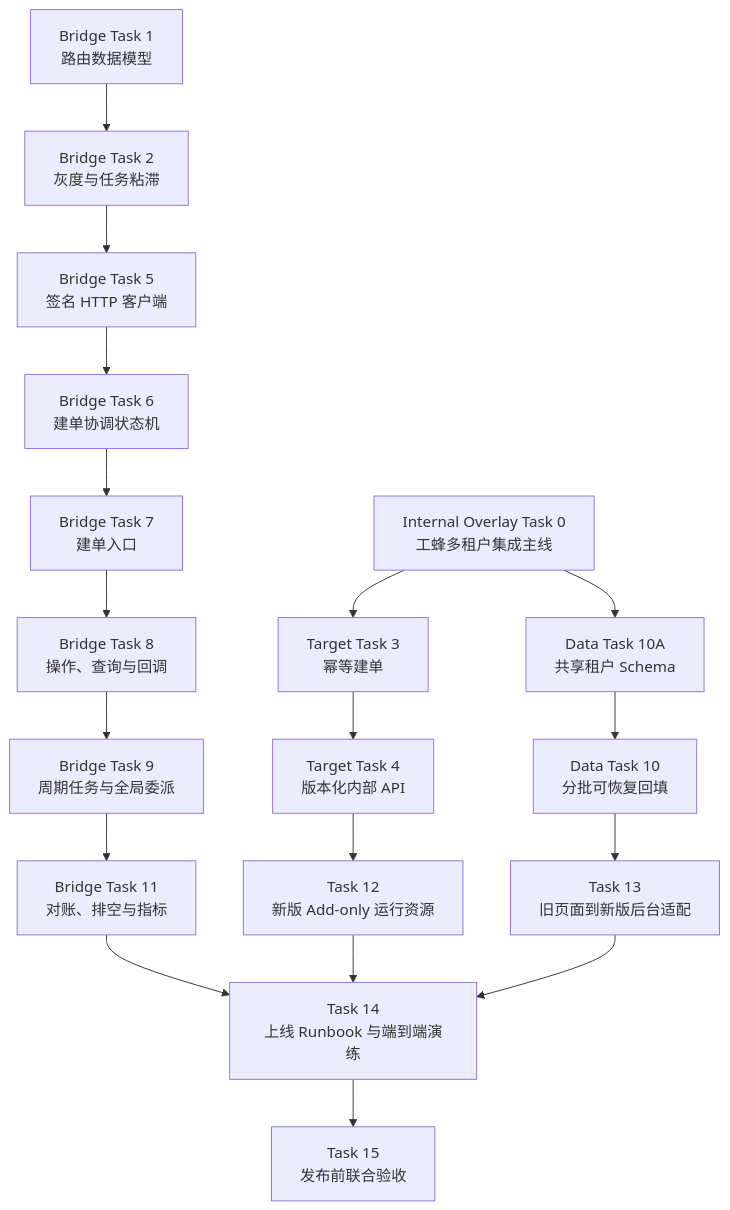
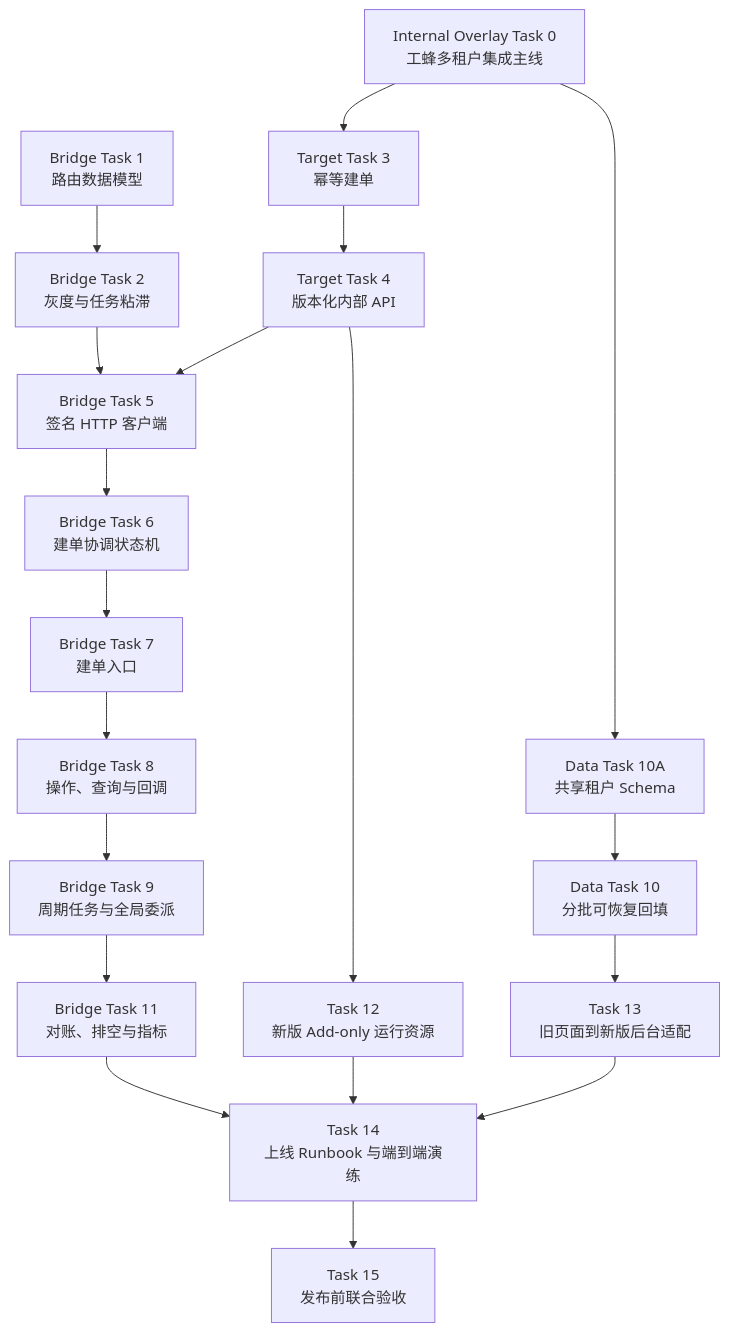
Before and after one commit to TencentBlueKing/bk-sops: the diagram in docs/plans/2026-09-04-multi-tenant-gray-migration.md, drawn with Mermaid.

Commit message:
docs: 补充新旧链路跨版本依赖 --story=137932246

````diff
--- a/docs/plans/2026-09-04-multi-tenant-gray-migration.md
+++ b/docs/plans/2026-09-04-multi-tenant-gray-migration.md
@@ -1235,31 +1235,32 @@
 ```mermaid
 flowchart TD
     T0["Internal Overlay Task 0<br/>工蜂多租户集成主线"]
     T3["Target Task 3<br/>幂等建单"]
     T4["Target Task 4<br/>版本化内部 API"]
     T12["Task 12<br/>新版 Add-only 运行资源"]
 
     T10A["Data Task 10A<br/>共享租户 Schema"]
     T10["Data Task 10<br/>分批可恢复回填"]
     T13["Task 13<br/>旧页面到新版后台适配"]
 
     T1["Bridge Task 1<br/>路由数据模型"]
     T2["Bridge Task 2<br/>灰度与任务粘滞"]
     T5["Bridge Task 5<br/>签名 HTTP 客户端"]
     T6["Bridge Task 6<br/>建单协调状态机"]
     T7["Bridge Task 7<br/>建单入口"]
     T8["Bridge Task 8<br/>操作、查询与回调"]
     T9["Bridge Task 9<br/>周期任务与全局委派"]
     T11["Bridge Task 11<br/>对账、排空与指标"]
 
     T14["Task 14<br/>上线 Runbook 与端到端演练"]
     T15["Task 15<br/>发布前联合验收"]
 
     T0 --> T3 --> T4 --> T12
     T0 --> T10A --> T10 --> T13
     T1 --> T2 --> T5 --> T6 --> T7 --> T8 --> T9 --> T11
+    T4 --> T5
     T11 --> T14
     T12 --> T14
     T13 --> T14
     T14 --> T15
 ```
````
